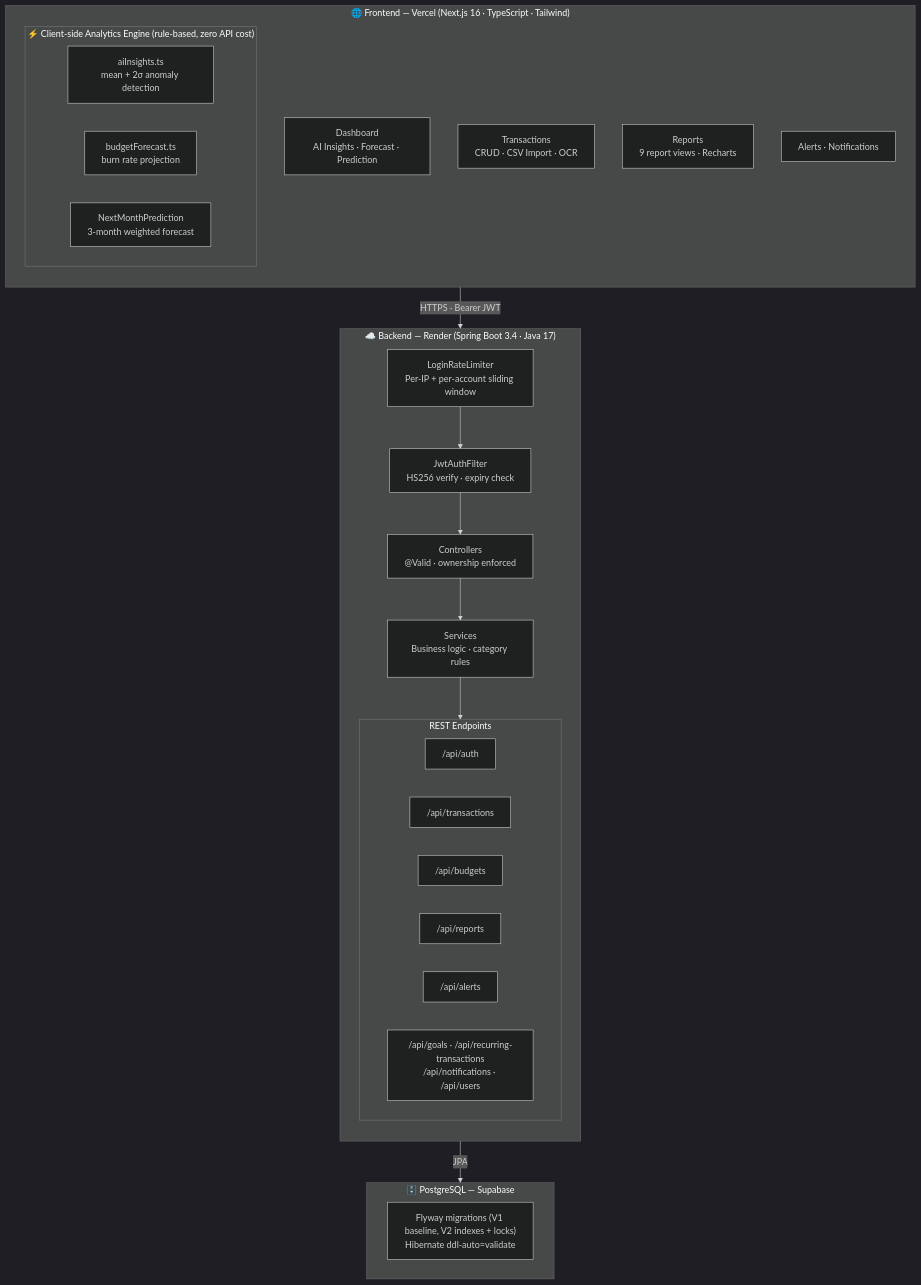
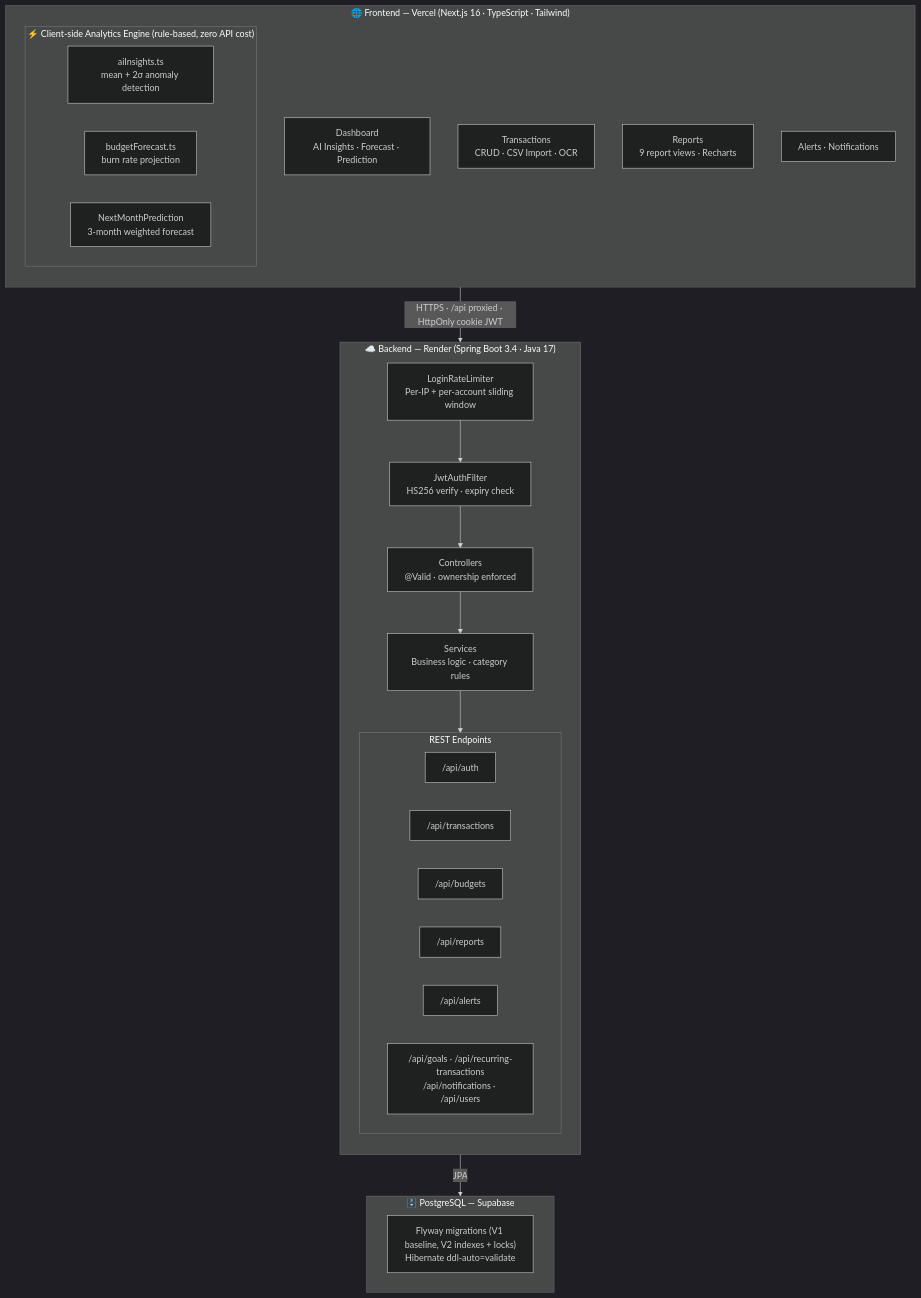
The diagram in README.md (GanasalaChandana/FinTrack-AI-Powered-Personal-Finance-Platform), drawn with Mermaid (dark theme) before and after one commit. The commit also changed other lines of this file and 32 other files, not shown here.

First line of the commit message:
feat(auth): HttpOnly cookie sessions instead of tokens in localStorage

````diff
--- a/README.md
+++ b/README.md
@@ -91,41 +92,41 @@
 ```mermaid
 flowchart TD
     subgraph FE["🌐 Frontend — Vercel (Next.js 16 · TypeScript · Tailwind)"]
         direction TB
         dash["Dashboard\nAI Insights · Forecast · Prediction"]
         txn["Transactions\nCRUD · CSV Import · OCR"]
         rep["Reports\n9 report views · Recharts"]
         ale["Alerts · Notifications"]
 
         subgraph AI["⚡ Client-side Analytics Engine (rule-based, zero API cost)"]
             ai1["aiInsights.ts\nmean + 2σ anomaly detection"]
             ai2["budgetForecast.ts\nburn rate projection"]
             ai3["NextMonthPrediction\n3-month weighted forecast"]
         end
     end
 
     subgraph BE["☁️ Backend — Render (Spring Boot 3.4 · Java 17)"]
         direction TB
         rl["LoginRateLimiter\nPer-IP + per-account sliding window"]
         jwt["JwtAuthFilter\nHS256 verify · expiry check"]
         ctrl["Controllers\n@Valid · ownership enforced"]
         svc["Services\nBusiness logic · category rules"]
 
         subgraph API["REST Endpoints"]
             a1["/api/auth"]
             a2["/api/transactions"]
             a3["/api/budgets"]
             a4["/api/reports"]
             a5["/api/alerts"]
             a6["/api/goals · /api/recurring-transactions\n/api/notifications · /api/users"]
         end
     end
 
     subgraph DB["🗄️ PostgreSQL — Supabase"]
         migrations["Flyway migrations (V1 baseline, V2 indexes + locks)\nHibernate ddl-auto=validate"]
     end
 
-    FE -- "HTTPS · Bearer JWT" --> BE
+    FE -- "HTTPS · /api proxied · HttpOnly cookie JWT" --> BE
     rl --> jwt --> ctrl --> svc --> API
     svc -- "JPA" --> DB
 ```
````
